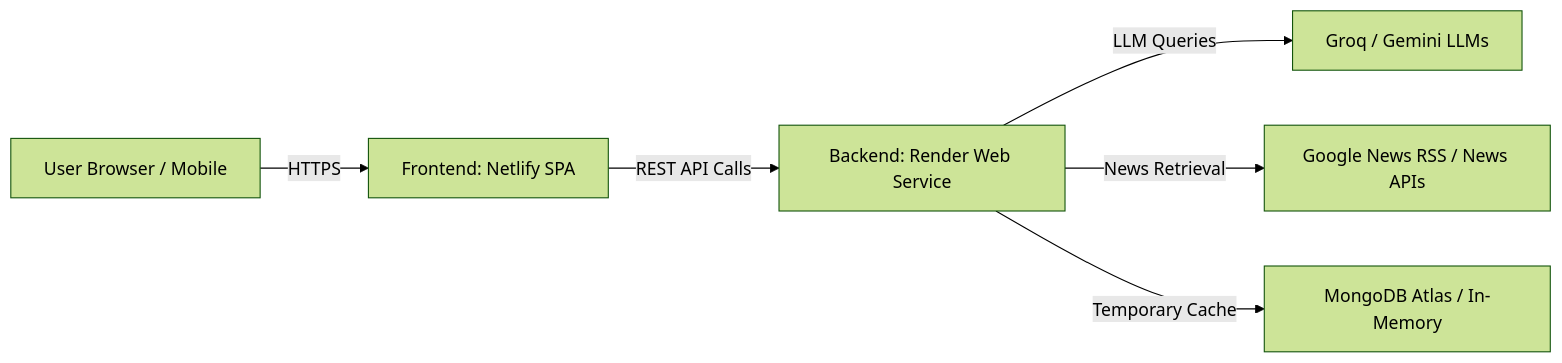
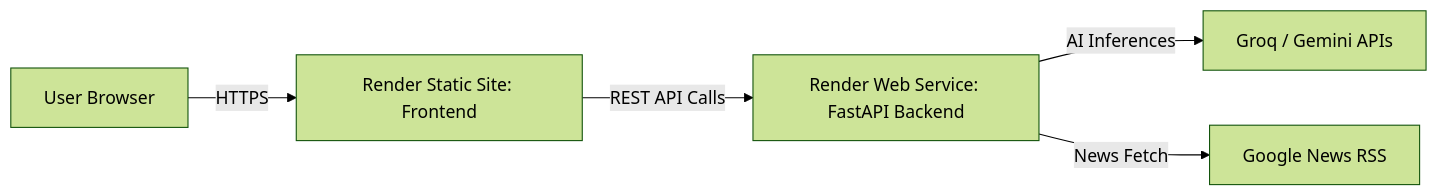
Before and after one commit to immortal-temp/truthlens: the diagram in DEPLOYMENT.md, drawn with Mermaid (forest theme). The commit also changed other lines of this file, not shown here.

Commit message:
docs: add Render full-stack deployment instructions (Web Service + Static Site)

````diff
--- a/DEPLOYMENT.md
+++ b/DEPLOYMENT.md
@@ -9,8 +11,7 @@
 ```mermaid
 graph LR
-    User[User Browser / Mobile] -->|HTTPS| Netlify[Frontend: Netlify SPA]
-    Netlify -->|REST API Calls| Render[Backend: Render Web Service]
-    Render -->|LLM Queries| Groq[Groq / Gemini LLMs]
-    Render -->|News Retrieval| RSS[Google News RSS / News APIs]
-    Render -->|Temporary Cache| Mongo[MongoDB Atlas / In-Memory]
+    User[User Browser] -->|HTTPS| RenderFrontend[Render Static Site: Frontend]
+    RenderFrontend -->|REST API Calls| RenderBackend[Render Web Service: FastAPI Backend]
+    RenderBackend -->|AI Inferences| Groq[Groq / Gemini APIs]
+    RenderBackend -->|News Fetch| RSS[Google News RSS]
 ```
````
